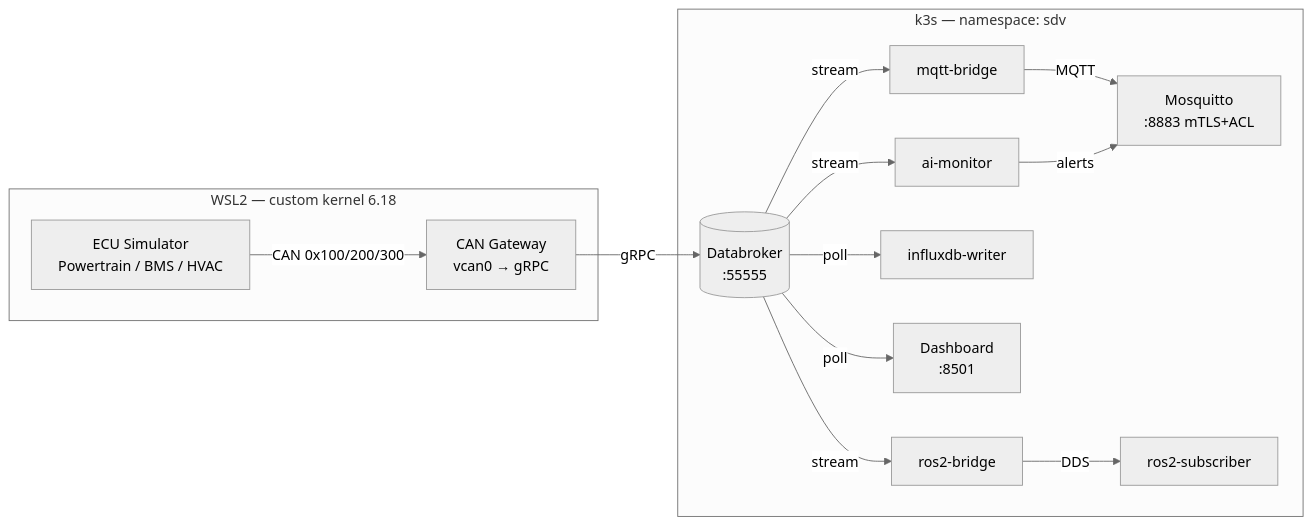
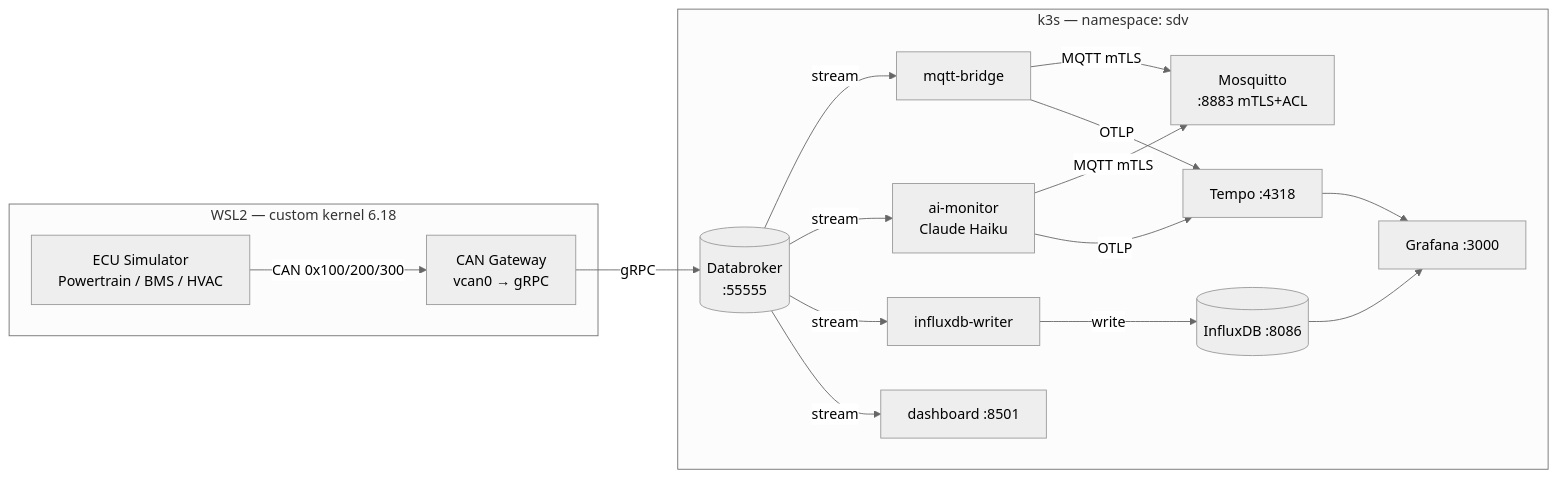
The first of 2 diagrams in README.md (TakumiSomeya-Eng/mini-sdv-platform-project), drawn with Mermaid (neutral theme) before and after one commit. The commit also changed other lines of this file and 63 other files, not shown here.

````diff
--- a/README.md
+++ b/README.md
@@ -46,29 +45,27 @@
 ```mermaid
 flowchart LR
     subgraph wsl["WSL2 — custom kernel 6.18"]
         ECU["ECU Simulator\nPowertrain / BMS / HVAC"]
         GW["CAN Gateway\nvcan0 → gRPC"]
         ECU -->|"CAN 0x100/200/300"| GW
     end
 
     subgraph k8s["k3s — namespace: sdv"]
         DB[("Databroker\n:55555")]
         MB["mqtt-bridge"]
-        AI["ai-monitor"]
+        AI["ai-monitor\nClaude Haiku"]
         IW["influxdb-writer"]
-        DASH["Dashboard\n:8501"]
+        DASH["dashboard :8501"]
         MQ["Mosquitto\n:8883 mTLS+ACL"]
-        RB["ros2-bridge"]
-        RS["ros2-subscriber"]
+        TP["Tempo :4318"]
+        IDB[("InfluxDB :8086")]
+        GF["Grafana :3000"]
     end
 
     GW -->|gRPC| DB
-    DB -->|stream| MB
-    DB -->|stream| AI
-    DB -->|stream| RB
-    DB -->|poll| IW
-    DB -->|poll| DASH
-    MB -->|MQTT| MQ
-    AI -->|alerts| MQ
-    RB -->|DDS| RS
+    DB -->|stream| MB & AI & IW & DASH
+    MB & AI -->|MQTT mTLS| MQ
+    MB & AI -->|OTLP| TP
+    IW -->|write| IDB
+    IDB & TP --> GF
 ```
````
